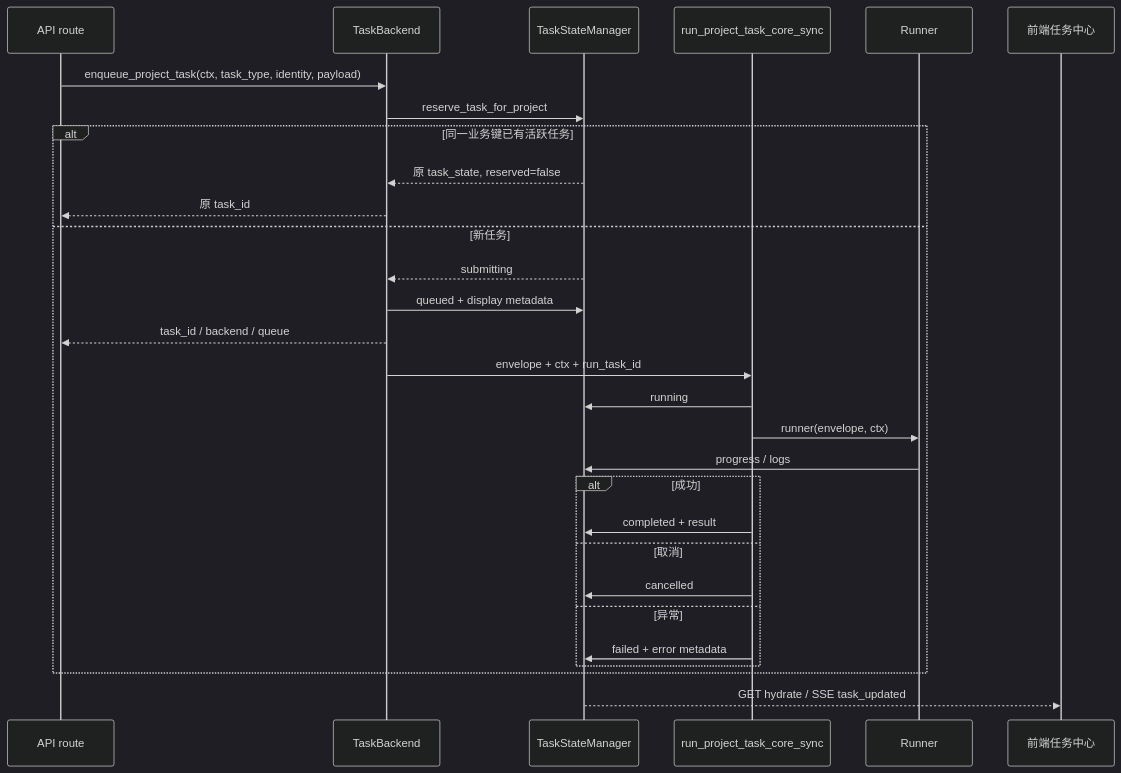
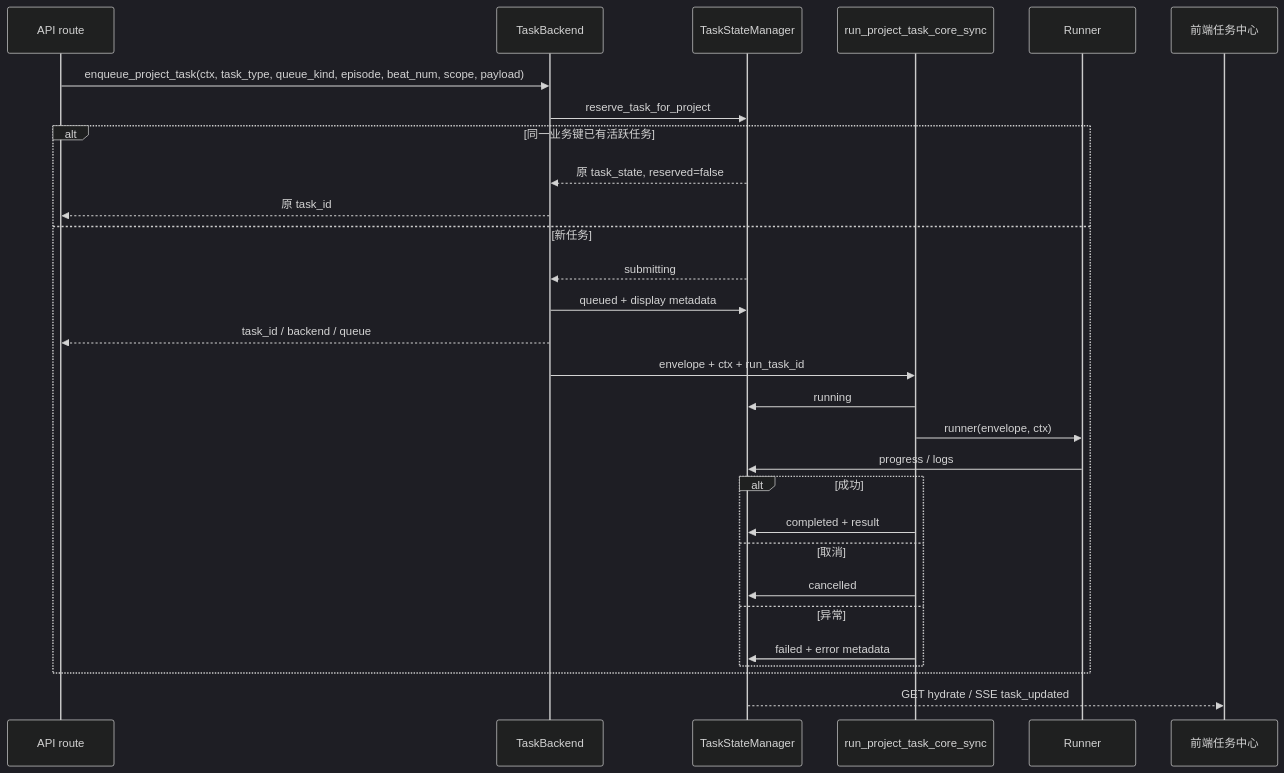
Before and after one commit to YuRui-Liu/Nuomi-drama-factory: the second of 2 diagrams in docs/cookbook/development/add-api-and-task.md, drawn with Mermaid (dark theme). The commit also changed other lines of this file, not shown here.

Commit message:
docs(cookbook): correct task runtime contracts

````diff
--- a/docs/cookbook/development/add-api-and-task.md
+++ b/docs/cookbook/development/add-api-and-task.md
@@ -37,31 +37,31 @@
 ```mermaid
 sequenceDiagram
     participant R as API route
     participant B as TaskBackend
     participant M as TaskStateManager
     participant C as run_project_task_core_sync
     participant X as Runner
     participant F as 前端任务中心
-    R->>B: enqueue_project_task(ctx, task_type, identity, payload)
+    R->>B: enqueue_project_task(ctx, task_type, queue_kind, episode, beat_num, scope, payload)
     B->>M: reserve_task_for_project
     alt 同一业务键已有活跃任务
         M-->>B: 原 task_state, reserved=false
         B-->>R: 原 task_id
     else 新任务
         M-->>B: submitting
         B->>M: queued + display metadata
         B-->>R: task_id / backend / queue
         B->>C: envelope + ctx + run_task_id
         C->>M: running
         C->>X: runner(envelope, ctx)
         X->>M: progress / logs
         alt 成功
             C->>M: completed + result
         else 取消
             C->>M: cancelled
         else 异常
             C->>M: failed + error metadata
         end
     end
     M-->>F: GET hydrate / SSE task_updated
 ```
````
